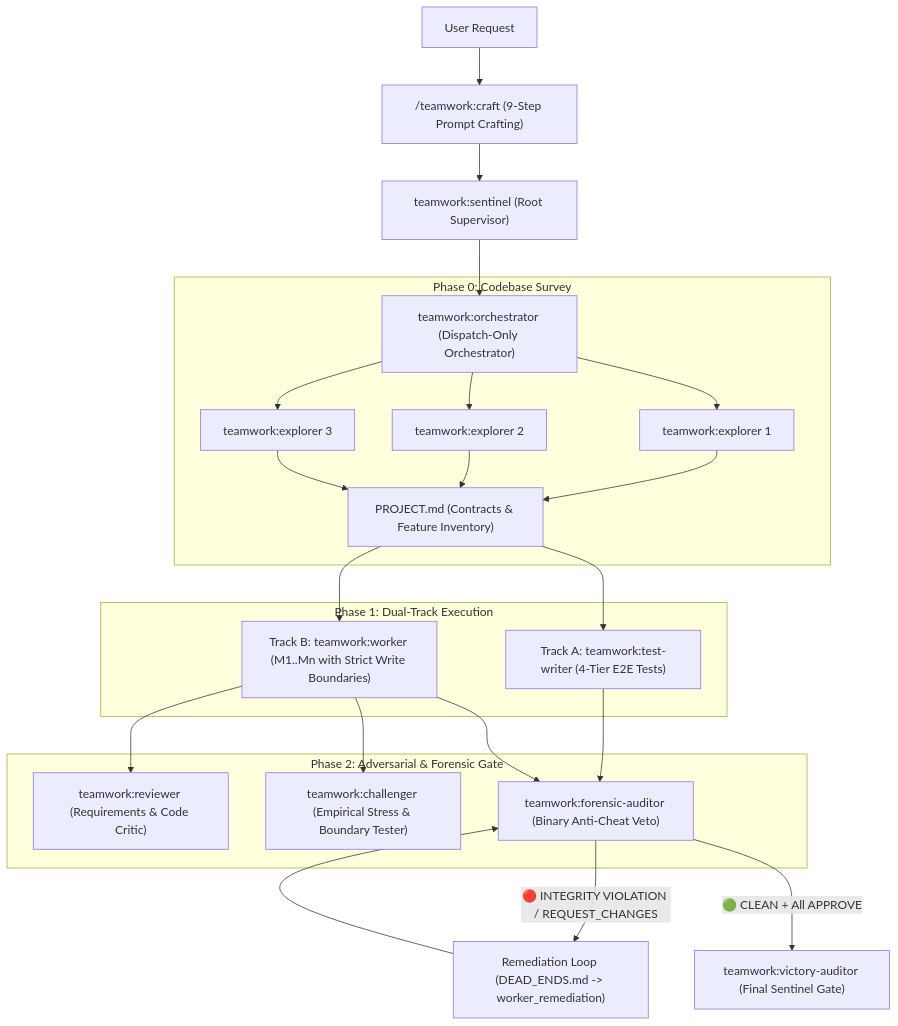
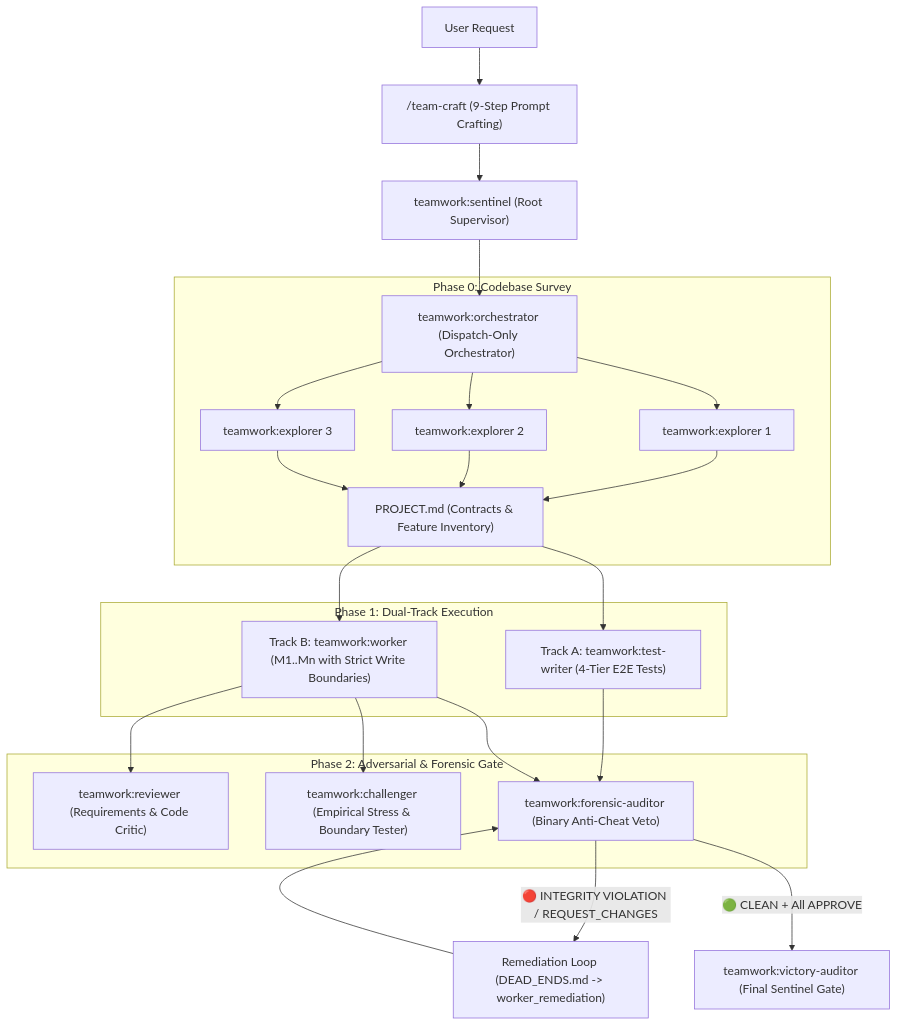
Before and after one commit to matheuslessing/team-work-plugin: the diagram in README.md, drawn with Mermaid. The commit also changed other lines of this file and 11 other files, not shown here.

````diff
--- a/README.md
+++ b/README.md
@@ -9,28 +9,28 @@
 ```mermaid
 flowchart TD
-    User["User Request"] --> Craft["/teamwork:craft (9-Step Prompt Crafting)"]
+    User["User Request"] --> Craft["/team-craft (9-Step Prompt Crafting)"]
     Craft --> Sentinel["teamwork:sentinel (Root Supervisor)"]
     Sentinel --> Orch["teamwork:orchestrator (Dispatch-Only Orchestrator)"]
 
     subgraph Phase0["Phase 0: Codebase Survey"]
         Orch --> Exp1["teamwork:explorer 1"]
         Orch --> Exp2["teamwork:explorer 2"]
         Orch --> Exp3["teamwork:explorer 3"]
         Exp1 & Exp2 & Exp3 --> ProjectDoc["PROJECT.md (Contracts & Feature Inventory)"]
     end
 
     subgraph Phase1["Phase 1: Dual-Track Execution"]
         ProjectDoc --> TestWriter["Track A: teamwork:test-writer (4-Tier E2E Tests)"]
         ProjectDoc --> Workers["Track B: teamwork:worker (M1..Mn with Strict Write Boundaries)"]
     end
 
     subgraph Phase2["Phase 2: Adversarial & Forensic Gate"]
         Workers --> Reviewer["teamwork:reviewer (Requirements & Code Critic)"]
         Workers --> Challenger["teamwork:challenger (Empirical Stress & Boundary Tester)"]
         TestWriter & Workers --> Auditor["teamwork:forensic-auditor (Binary Anti-Cheat Veto)"]
     end
 
     Auditor -- "🔴 INTEGRITY VIOLATION / REQUEST_CHANGES" --> Remediate["Remediation Loop (DEAD_ENDS.md -> worker_remediation)"]
     Remediate --> Auditor
     Auditor -- "🟢 CLEAN + All APPROVE" --> Victory["teamwork:victory-auditor (Final Sentinel Gate)"]
 ```
````
